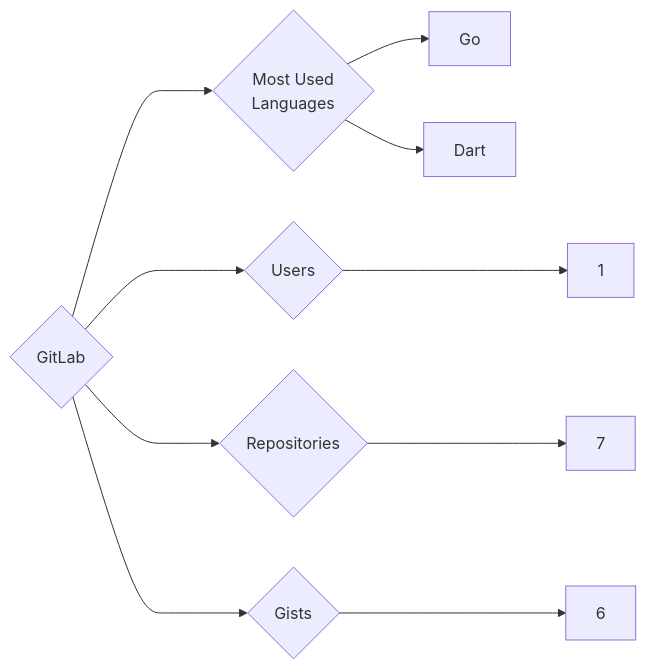
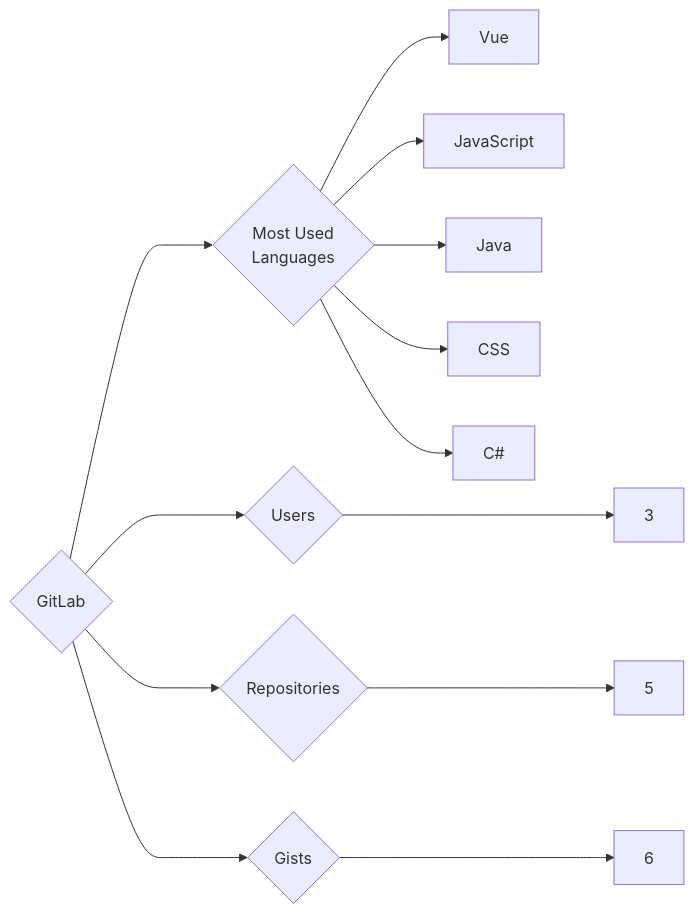
The diagram in targets/GitLab/README.md (trickest/insiders), drawn with Mermaid before and after one commit. The commit also changed 776 other files, not shown here.

````diff
--- a/targets/GitLab/README.md
+++ b/targets/GitLab/README.md
@@ -3,10 +3,13 @@
 ```mermaid
 graph LR
 COMPANY_NAME{GitLab}
-COMPANY_NAME ---> U{Users} ---> UN[1]
-COMPANY_NAME ---> R{Repositories} ---> RN[7]
+COMPANY_NAME ---> U{Users} ---> UN[3]
+COMPANY_NAME ---> R{Repositories} ---> RN[5]
 COMPANY_NAME ---> G{Gists} ---> GN[6]
 COMPANY_NAME ---> ML{Most Used<br>Languages}
-ML --> Go[Go]
-ML --> Dart[Dart]
+ML --> Vue[Vue]
+ML --> JavaScript[JavaScript]
+ML --> Java[Java]
+ML --> CSS[CSS]
+ML --> C#[C#]
 ```
````
